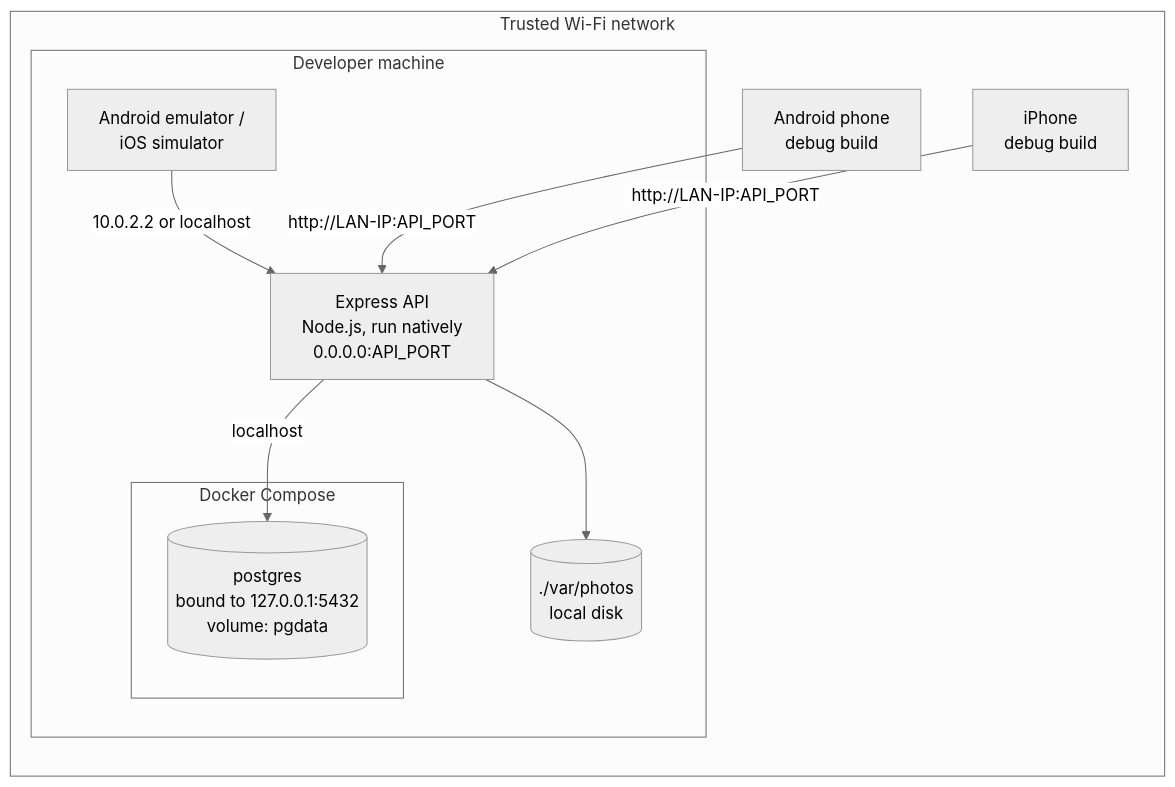
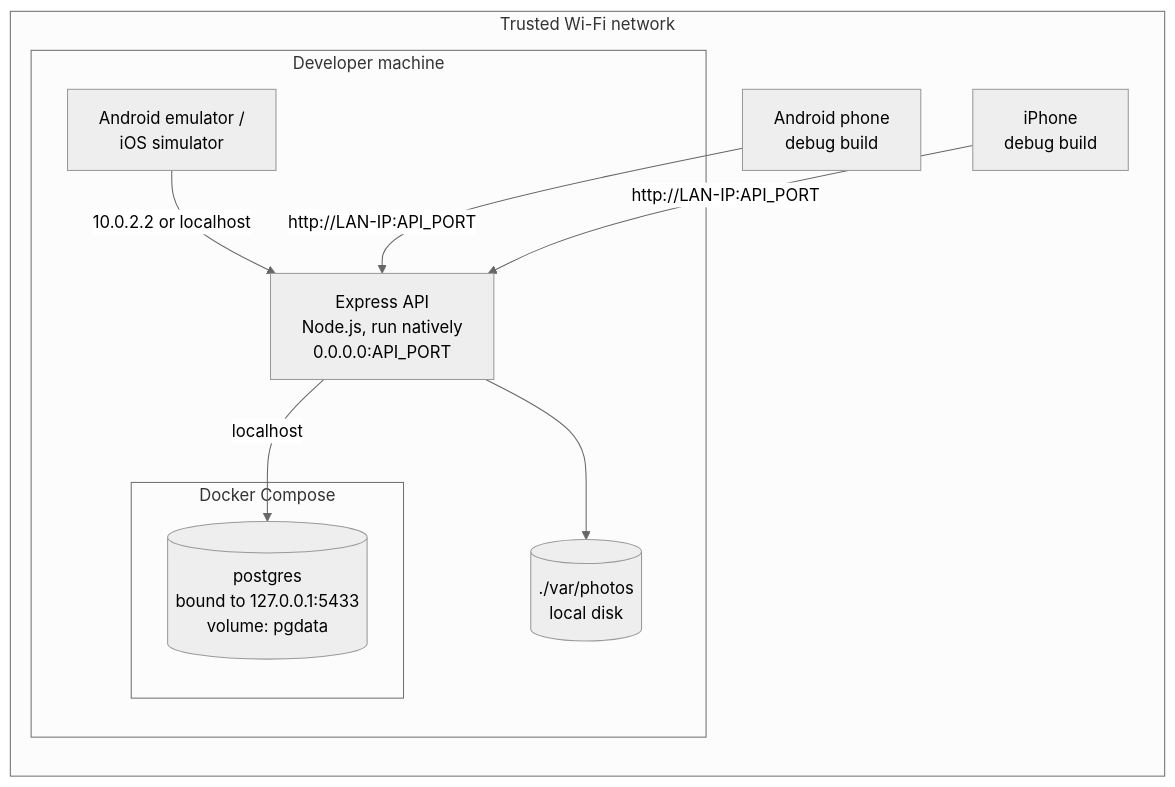
Before and after one commit to keyurshubham2014/saarthee-app: the first of 2 diagrams in docs/05-devops-infrastructure.md, drawn with Mermaid (neutral theme). The commit also changed other lines of this file and 6 other files, not shown here.

````diff
--- a/docs/05-devops-infrastructure.md
+++ b/docs/05-devops-infrastructure.md
@@ -20,21 +20,21 @@
 ```mermaid
 flowchart LR
     subgraph lan[Trusted Wi-Fi network]
         subgraph mac[Developer machine]
             subgraph docker[Docker Compose]
-                pg[(postgres<br/>bound to 127.0.0.1:5432<br/>volume: pgdata)]
+                pg[(postgres<br/>bound to 127.0.0.1:5433<br/>volume: pgdata)]
             end
             api[Express API<br/>Node.js, run natively<br/>0.0.0.0:API_PORT]
             photos[(./var/photos<br/>local disk)]
             api -->|localhost| pg
             api --> photos
             emu[Android emulator /<br/>iOS simulator]
         end
         and[Android phone<br/>debug build]
         ios[iPhone<br/>debug build]
     end
 
     emu -->|10.0.2.2 or localhost| api
     and -->|http://LAN-IP:API_PORT| api
     ios -->|http://LAN-IP:API_PORT| api
 ```
````
